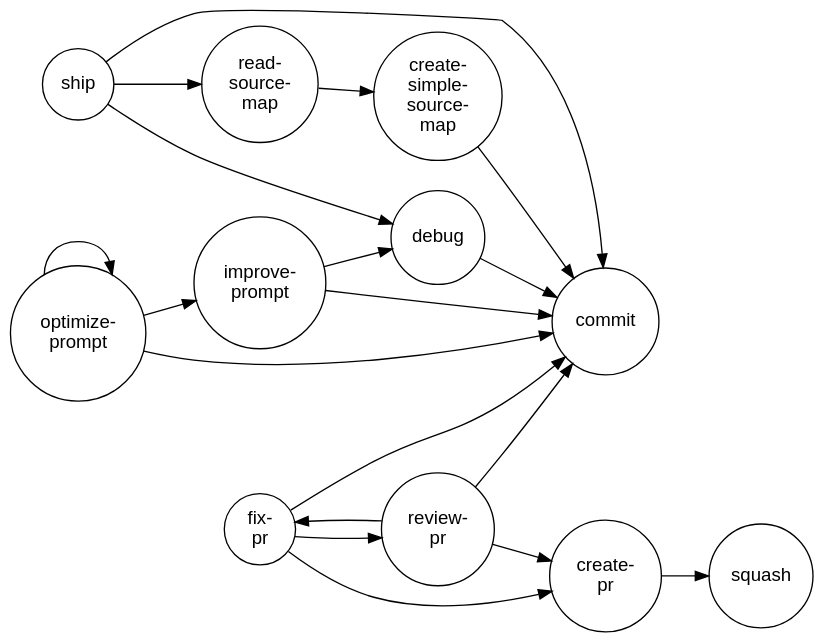
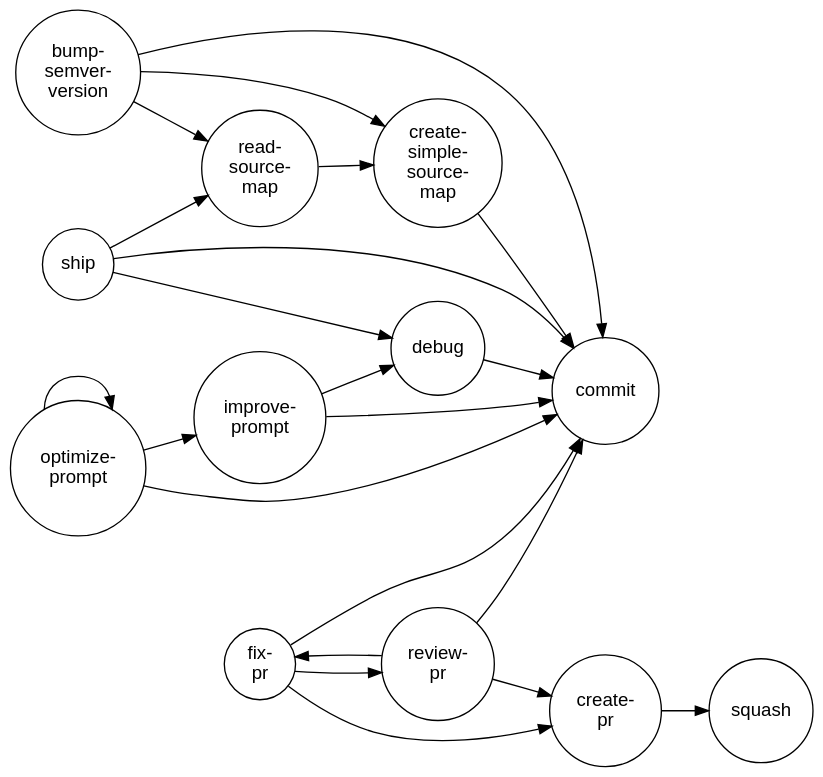
The diagram in static/prompt-graph.dot (korotkevics/promptstash), drawn with Graphviz before and after one commit. The commit also changed 3 other files, not shown here.

```diff
--- a/static/prompt-graph.dot
+++ b/static/prompt-graph.dot
@@ -1,40 +1,44 @@
 digraph PromptReferences {
     // Graph settings
     rankdir=LR;
     node [shape=circle, style=filled, fillcolor=white, fontname="Arial"];
     edge [color=black];
     bgcolor=transparent;
 
     // Nodes
+    "bump-semver-version" [label="bump-\nsemver-\nversion"];
     "commit" [label="commit"];
     "create-pr" [label="create-\npr"];
     "create-simple-source-map" [label="create-\nsimple-\nsource-\nmap"];
     "debug" [label="debug"];
     "fix-pr" [label="fix-\npr"];
     "improve-prompt" [label="improve-\nprompt"];
     "optimize-prompt" [label="optimize-\nprompt"];
     "read-source-map" [label="read-\nsource-\nmap"];
     "review-pr" [label="review-\npr"];
     "ship" [label="ship"];
     "squash" [label="squash"];
 
     // Edges
+    "bump-semver-version" -> "commit";
+    "bump-semver-version" -> "create-simple-source-map";
+    "bump-semver-version" -> "read-source-map";
     "create-pr" -> "squash";
     "create-simple-source-map" -> "commit";
     "debug" -> "commit";
     "fix-pr" -> "commit";
     "fix-pr" -> "create-pr";
     "fix-pr" -> "review-pr";
     "improve-prompt" -> "commit";
     "improve-prompt" -> "debug";
     "optimize-prompt" -> "commit";
     "optimize-prompt" -> "improve-prompt";
     "optimize-prompt" -> "optimize-prompt";
     "read-source-map" -> "create-simple-source-map";
     "review-pr" -> "commit";
     "review-pr" -> "create-pr";
     "review-pr" -> "fix-pr";
     "ship" -> "commit";
     "ship" -> "debug";
     "ship" -> "read-source-map";
 }
```
